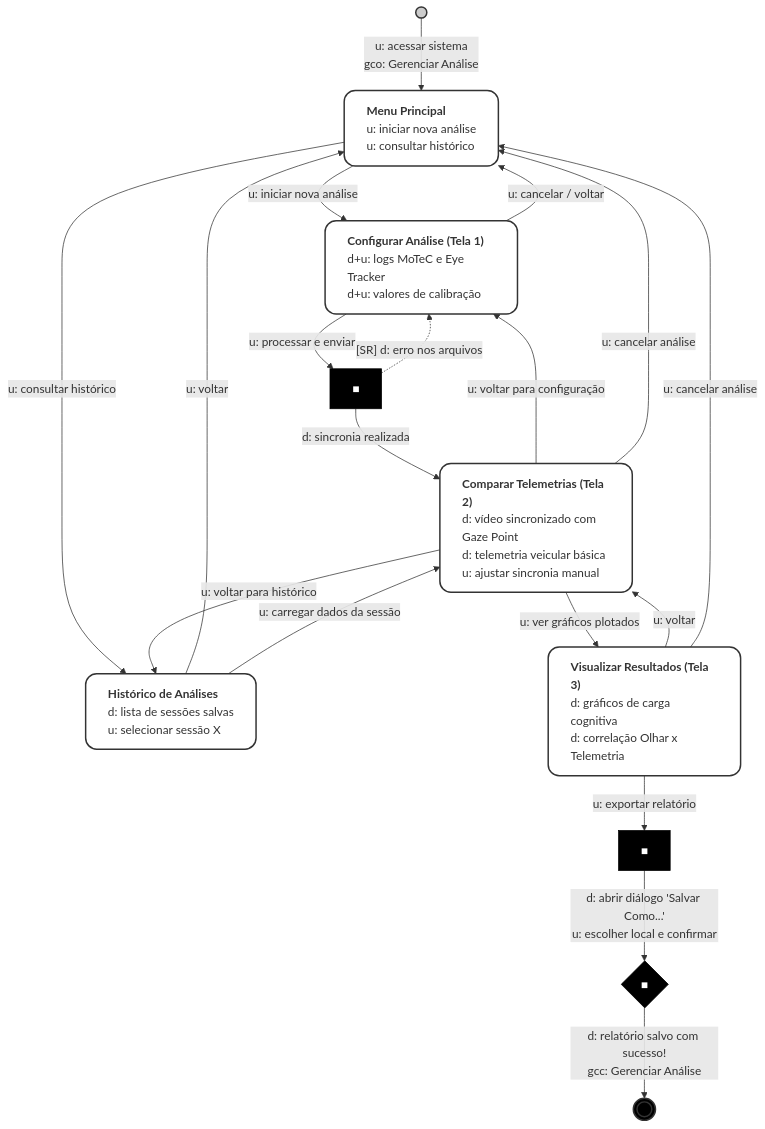
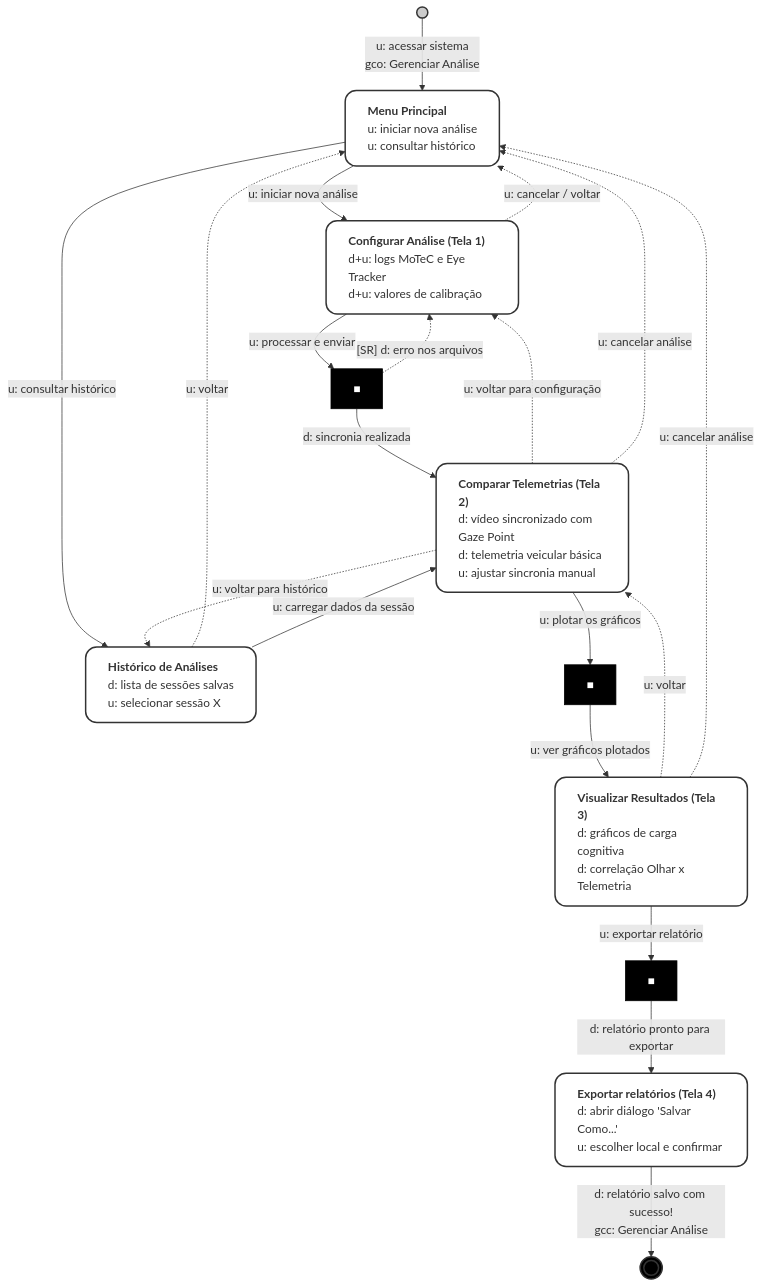
Before and after one commit to z0mer/CC8122_InterfaceHumanoComputador: the diagram in MoLIC.md, drawn with Mermaid.

Commit message:
Molic atualizado

````diff
--- a/MoLIC.md
+++ b/MoLIC.md
@@ -17,7 +17,7 @@
     d+u: valores de calibração`"]
 
     %% Cancelar/Voltar da Tela 1
-    Cena1 -->|u: cancelar / voltar| Menu
+    Cena1 -.->|u: cancelar / voltar| Menu
 
     %% Processamento dos Dados
     Preposto1[■]
@@ -36,7 +36,7 @@
     u: selecionar sessão X`"]
     
     %% Cancelar/Voltar do Histórico
-    Hist -->|u: voltar| Menu
+    Hist -.->|u: voltar| Menu
     
     %% Avança para Tela 2
     Hist -->|u: carregar dados da sessão| Cena2
@@ -45,18 +45,20 @@
     %% ==========================================
     %% ENCONTRO DOS FLUXOS (Tela 2)
     %% ==========================================
+    Preposto2[■]
     Cena2["`**Comparar Telemetrias (Tela 2)**
     d: vídeo sincronizado com Gaze Point
     d: telemetria veicular básica
     u: ajustar sincronia manual`"]
 
     %% Transições da Tela 2 (Voltar/Cancelar)
-    Cena2 -->|u: voltar para configuração| Cena1
-    Cena2 -->|u: voltar para histórico| Hist
-    Cena2 -->|u: cancelar análise| Menu
+    Cena2 -.->|u: voltar para configuração| Cena1
+    Cena2 -.->|u: voltar para histórico| Hist
+    Cena2 -.->|u: cancelar análise| Menu
     
     %% Avança para Tela 3
-    Cena2 -->|u: ver gráficos plotados| Cena3
+    Cena2 --> |u: plotar os gráficos| Preposto2
+    Preposto2 -->|u: ver gráficos plotados| Cena3
 
 
     %% ==========================================
@@ -67,17 +69,20 @@
     d: correlação Olhar x Telemetria`"]
 
     %% Transições da Tela 3
-    Cena3 -->|u: voltar| Cena2
-    Cena3 -->|u: cancelar análise| Menu
+    Cena3 -.->|u: voltar| Cena2
+    Cena3 -.->|u: cancelar análise| Menu
 
     %% Processo de Exportação
-    Preposto2[■]
-    Cena3 -->|u: exportar relatório| Preposto2
+    Preposto3[■]
+    
+    Cena3 -->|u: exportar relatório| Preposto3
+    Preposto3 --> |d: relatório pronto para exportar| Cena4
     
     %% Pop-up de Salvamento e Fim
-    Preposto2 -->|"d: abrir diálogo 'Salvar Como...'<br/>u: escolher local e confirmar"| Sucesso{■}
-    Sucesso -->|"d: relatório salvo com sucesso!<br/>gcc: Gerenciar Análise"| End((( )))
-
+    Cena4["`**Exportar relatórios (Tela 4)**
+    d: abrir diálogo 'Salvar Como...'<br/>u: escolher local e confirmar`"]
+    Cena4 -->|"d: relatório salvo com sucesso!<br/>gcc: Gerenciar Análise"| End((( )))
+    
     %% ==========================================
     %% ESTILIZAÇÃO PADRÃO MOLIC
     %% ==========================================
@@ -86,9 +91,10 @@
     style Cena1 fill:#fff,stroke:#333,stroke-width:2px,rx:15,ry:15,text-align:left
     style Cena2 fill:#fff,stroke:#333,stroke-width:2px,rx:15,ry:15,text-align:left
     style Cena3 fill:#fff,stroke:#333,stroke-width:2px,rx:15,ry:15,text-align:left
+    style Cena4 fill:#fff,stroke:#333,stroke-width:2px,rx:15,ry:15,text-align:left
     style Hist fill:#fff,stroke:#333,stroke-width:2px,rx:15,ry:15,text-align:left
     style Preposto1 fill:#000,stroke:#000,color:#fff
     style Preposto2 fill:#000,stroke:#000,color:#fff
-    style Sucesso fill:#000,stroke:#000,color:#fff
+    style Preposto3 fill:#000,stroke:#000,color:#fff
     style End fill:#000,stroke:#333,stroke-width:2px
 ```
````
